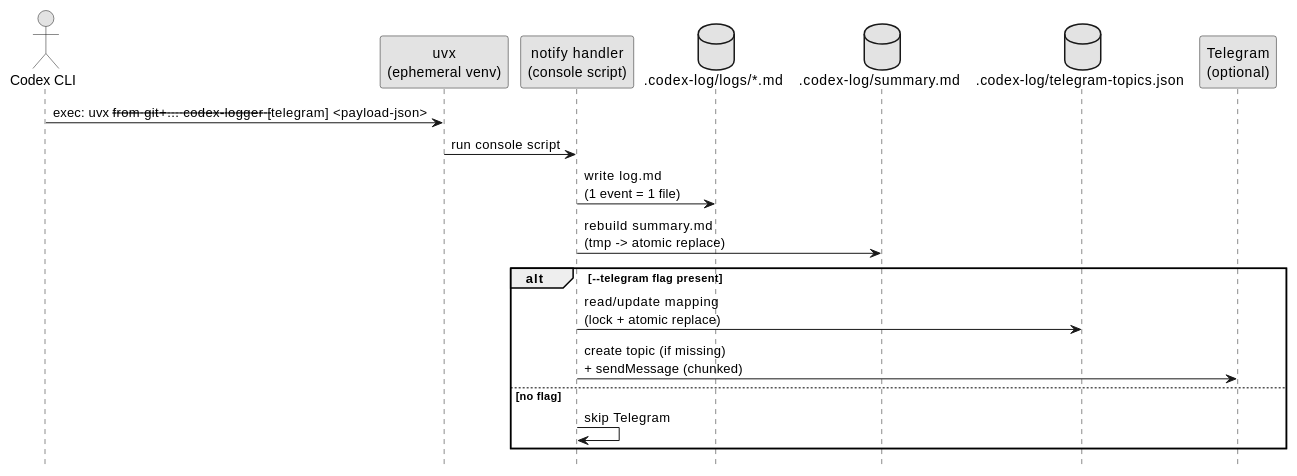
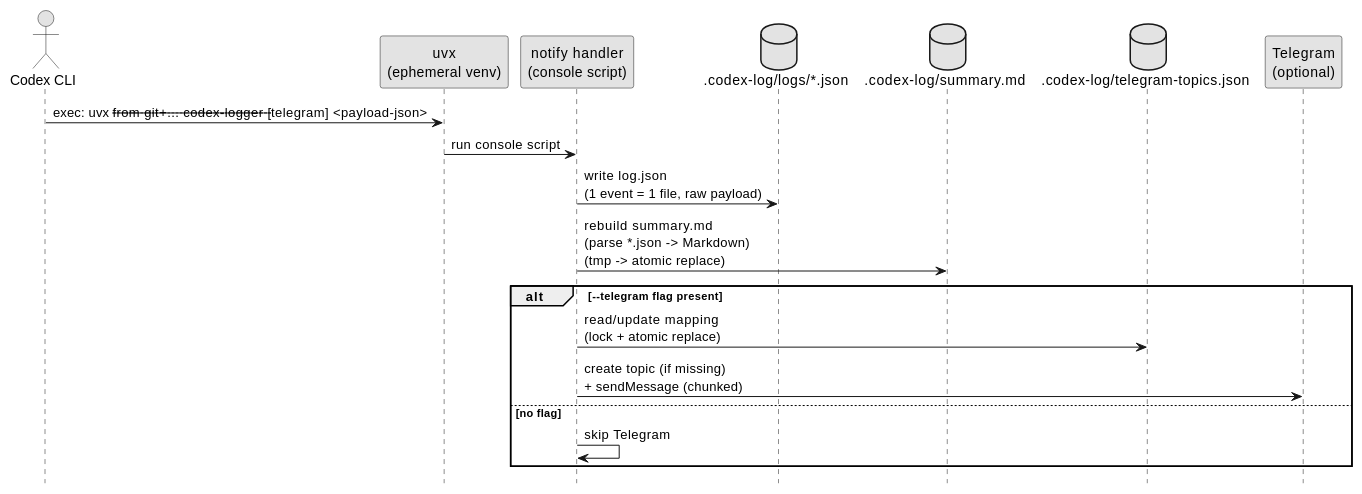
One commit to chemitaro/codex-agent-logger changed the first of 2 diagrams in spec-dock/initiatives/init-local-00001-codex-notify-json-logger/design.md. Above: the diagram before and after it, drawn with PlantUML. The commit also changed other lines of this file and 23 other files, not shown here.

Commit message:
docs(init-local-00001): ログ保存仕様をJSON化し設計文書を更新 - `logs/*.md`を`logs/*.json`へ変更し、`summary.md`再生成をJSONパース方式に統一 - ADR `00001`〜`00010`の最終判断と関連仕様（命名・安全ID・`.env`・topic名等）を受け入れ内容で反映 - Telegram送信・CLI配布・要件計画側のQ項目を意思決定済みに更新

````diff
--- a/spec-dock/initiatives/init-local-00001-codex-notify-json-logger/design.md
+++ b/spec-dock/initiatives/init-local-00001-codex-notify-json-logger/design.md
@@ -38,27 +38,27 @@
 ```plantuml
 @startuml
 skinparam monochrome true
 hide footbox
 
 actor "Codex CLI" as Codex
 participant "uvx\n(ephemeral venv)" as UVX
 participant "notify handler\n(console script)" as Handler
-database ".codex-log/logs/*.md" as Logs
+database ".codex-log/logs/*.json" as Logs
 database ".codex-log/summary.md" as Summary
 database ".codex-log/telegram-topics.json" as Map
 participant "Telegram\n(optional)" as TG
 
 Codex -> UVX: exec: uvx --from git+... codex-logger [--telegram] <payload-json>
 UVX -> Handler: run console script
 
-Handler -> Logs: write log.md\n(1 event = 1 file)
-Handler -> Summary: rebuild summary.md\n(tmp -> atomic replace)
+Handler -> Logs: write log.json\n(1 event = 1 file, raw payload)
+Handler -> Summary: rebuild summary.md\n(parse *.json -> Markdown)\n(tmp -> atomic replace)
 
 alt --telegram flag present
   Handler -> Map: read/update mapping\n(lock + atomic replace)
   Handler -> TG: create topic (if missing)\n+ sendMessage (chunked)
 else no flag
   Handler -> Handler: skip Telegram
 end
 @enduml
 ```
````
